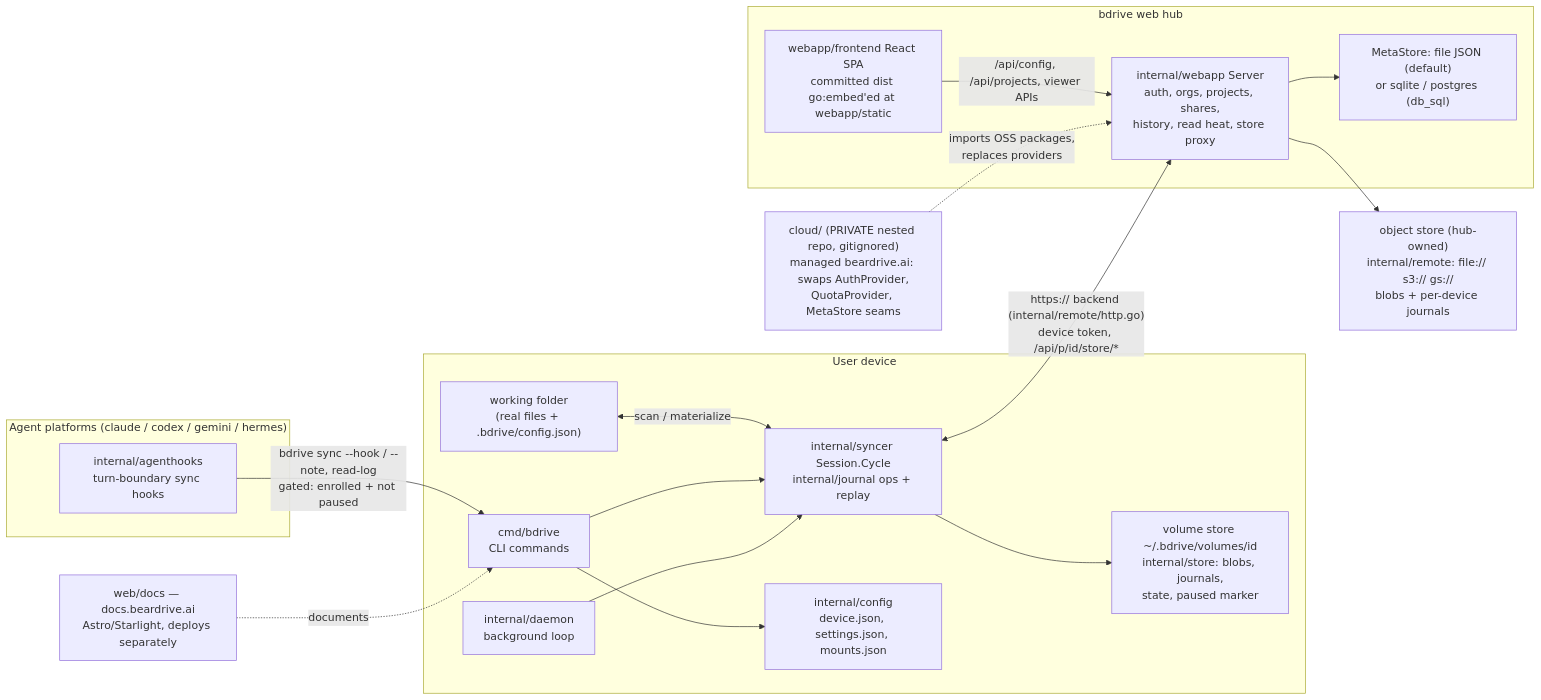
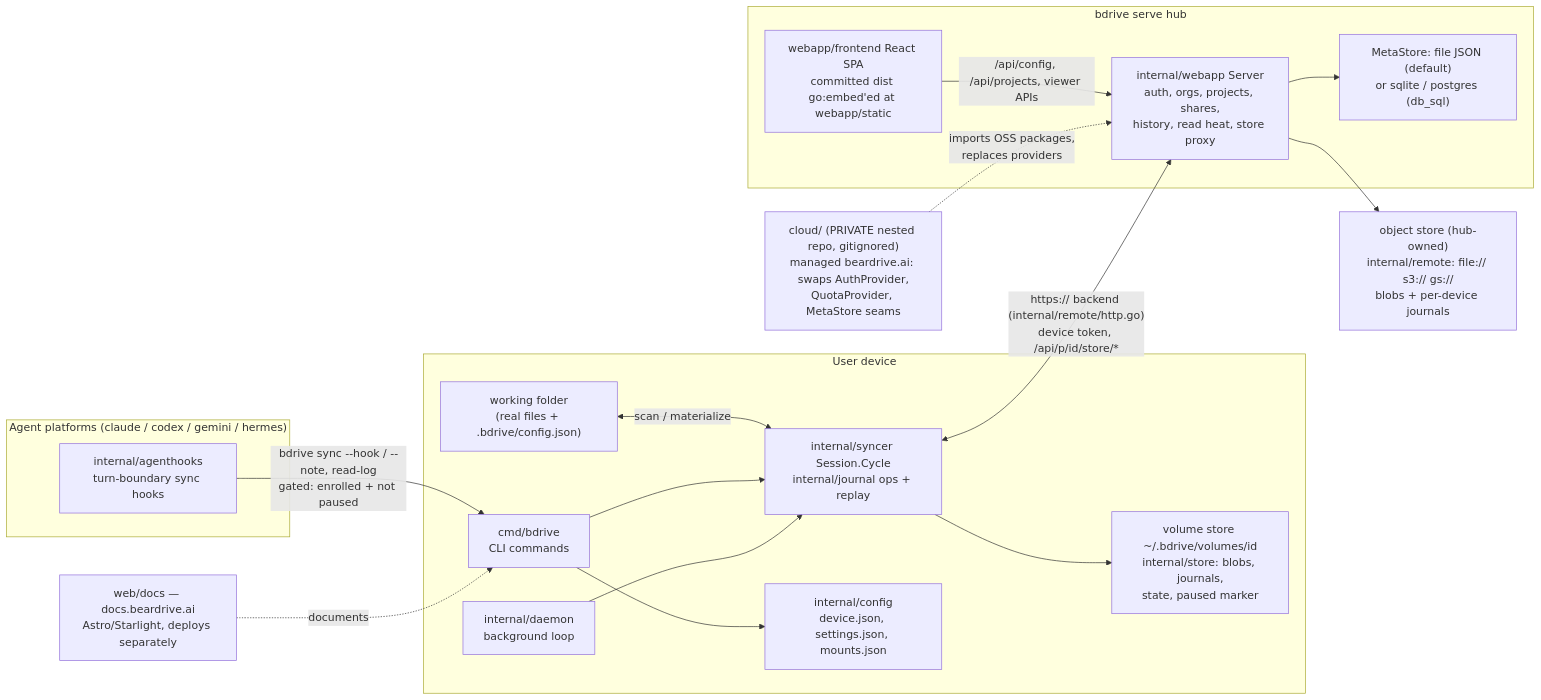
One commit to runbear-io/beardrive changed the diagram in architecture/overview.md. Above: the diagram before and after it, drawn with Mermaid. The commit also changed 15 other files, not shown here.

Commit message:
feat(cli): "bdrive serve" replaces "bdrive web" (web stays as an alias), and the README leads with the agent install (#94)

````diff
--- a/architecture/overview.md
+++ b/architecture/overview.md
@@ -10,39 +10,39 @@
 ```mermaid
 flowchart LR
     subgraph device["User device"]
         wf["working folder<br/>(real files + .bdrive/config.json)"]
         cli["cmd/bdrive<br/>CLI commands"]
         dmn["internal/daemon<br/>background loop"]
         eng["internal/syncer Session.Cycle<br/>internal/journal ops + replay"]
         vs["volume store ~/.bdrive/volumes/id<br/>internal/store: blobs, journals,<br/>state, paused marker"]
         cfg["internal/config<br/>device.json, settings.json, mounts.json"]
     end
 
     subgraph agents["Agent platforms (claude / codex / gemini / hermes)"]
         hooks["internal/agenthooks<br/>turn-boundary sync hooks"]
     end
 
-    subgraph hub["bdrive web hub"]
+    subgraph hub["bdrive serve hub"]
         srv["internal/webapp Server<br/>auth, orgs, projects, shares,<br/>history, read heat, store proxy"]
         fe["webapp/frontend React SPA<br/>committed dist go:embed'ed at webapp/static"]
         meta["MetaStore: file JSON (default)<br/>or sqlite / postgres (db_sql)"]
     end
 
     store["object store (hub-owned)<br/>internal/remote: file:// s3:// gs://<br/>blobs + per-device journals"]
 
     docs["web/docs — docs.beardrive.ai<br/>Astro/Starlight, deploys separately"]
     cloud["cloud/ (PRIVATE nested repo, gitignored)<br/>managed beardrive.ai: swaps AuthProvider,<br/>QuotaProvider, MetaStore seams"]
 
     wf <-->|scan / materialize| eng
     cli --> eng
     dmn --> eng
     cli --> cfg
     eng --> vs
     eng <-->|"https:// backend (internal/remote/http.go)<br/>device token, /api/p/id/store/*"| srv
     hooks -->|"bdrive sync --hook / --note, read-log<br/>gated: enrolled + not paused"| cli
     srv --> store
     srv --> meta
     fe -->|/api/config, /api/projects, viewer APIs| srv
     cloud -.->|imports OSS packages,<br/>replaces providers| srv
     docs -.->|documents| cli
 ```
````
